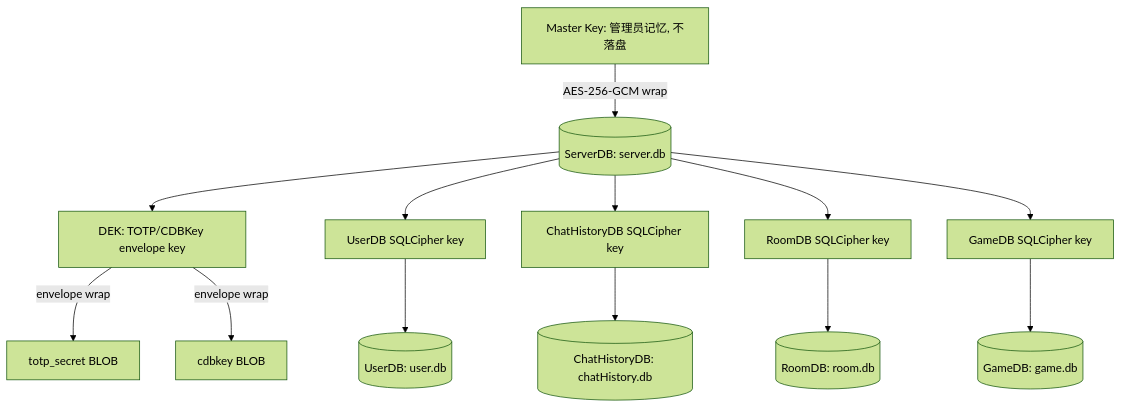
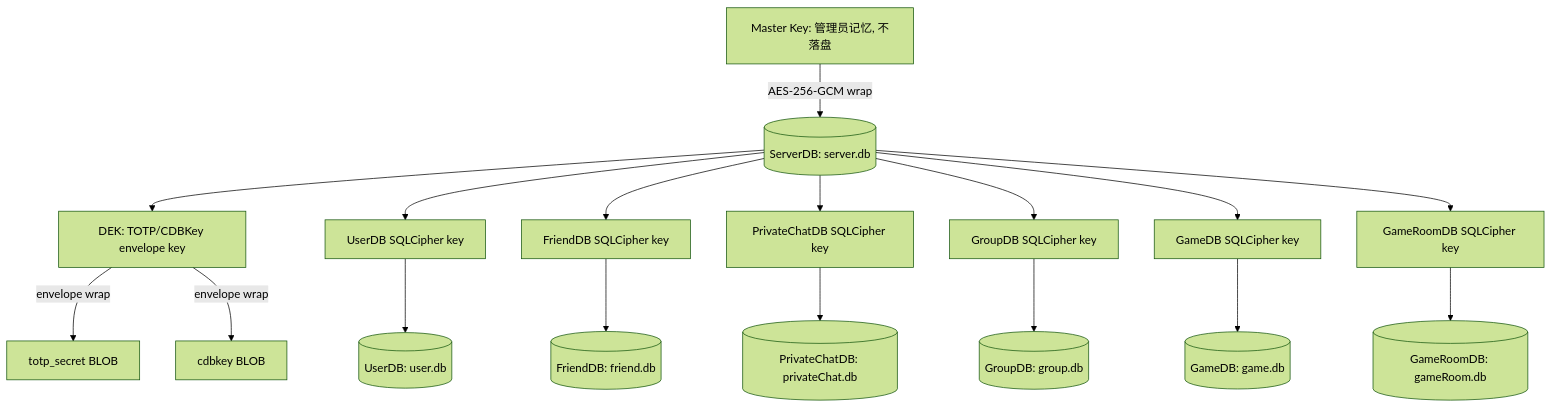
Diagram 15 of 32 in docs/API.md (WinstonMeursault/PacPlay), drawn with Mermaid (forest theme) before and after one commit. The commit also changed other lines of this file and 60 other files, not shown here.

````diff
--- a/docs/API.md
+++ b/docs/API.md
@@ -1626,15 +1742,19 @@
 ```mermaid
 flowchart TD
     MK[Master Key: 管理员记忆, 不落盘] -->|AES-256-GCM wrap| ServerDB[(ServerDB: server.db)]
     ServerDB --> DEK[DEK: TOTP/CDBKey envelope key]
     ServerDB --> UserKey[UserDB SQLCipher key]
-    ServerDB --> ChatKey[ChatHistoryDB SQLCipher key]
-    ServerDB --> RoomKey[RoomDB SQLCipher key]
+    ServerDB --> FriendKey[FriendDB SQLCipher key]
+    ServerDB --> PrivateChatKey[PrivateChatDB SQLCipher key]
+    ServerDB --> GroupKey[GroupDB SQLCipher key]
     ServerDB --> GameKey[GameDB SQLCipher key]
+    ServerDB --> GameRoomKey[GameRoomDB SQLCipher key]
     DEK -->|envelope wrap| TotpSecret[totp_secret BLOB]
     DEK -->|envelope wrap| CDBKey[cdbkey BLOB]
     UserKey --> UserDB[(UserDB: user.db)]
-    ChatKey --> ChatDB[(ChatHistoryDB: chatHistory.db)]
-    RoomKey --> RoomDB[(RoomDB: room.db)]
+    FriendKey --> FriendDB[(FriendDB: friend.db)]
+    PrivateChatKey --> PrivateChatDB[(PrivateChatDB: privateChat.db)]
+    GroupKey --> GroupDB[(GroupDB: group.db)]
     GameKey --> GameDB[(GameDB: game.db)]
+    GameRoomKey --> GameRoomDB[(GameRoomDB: gameRoom.db)]
 ```
````
